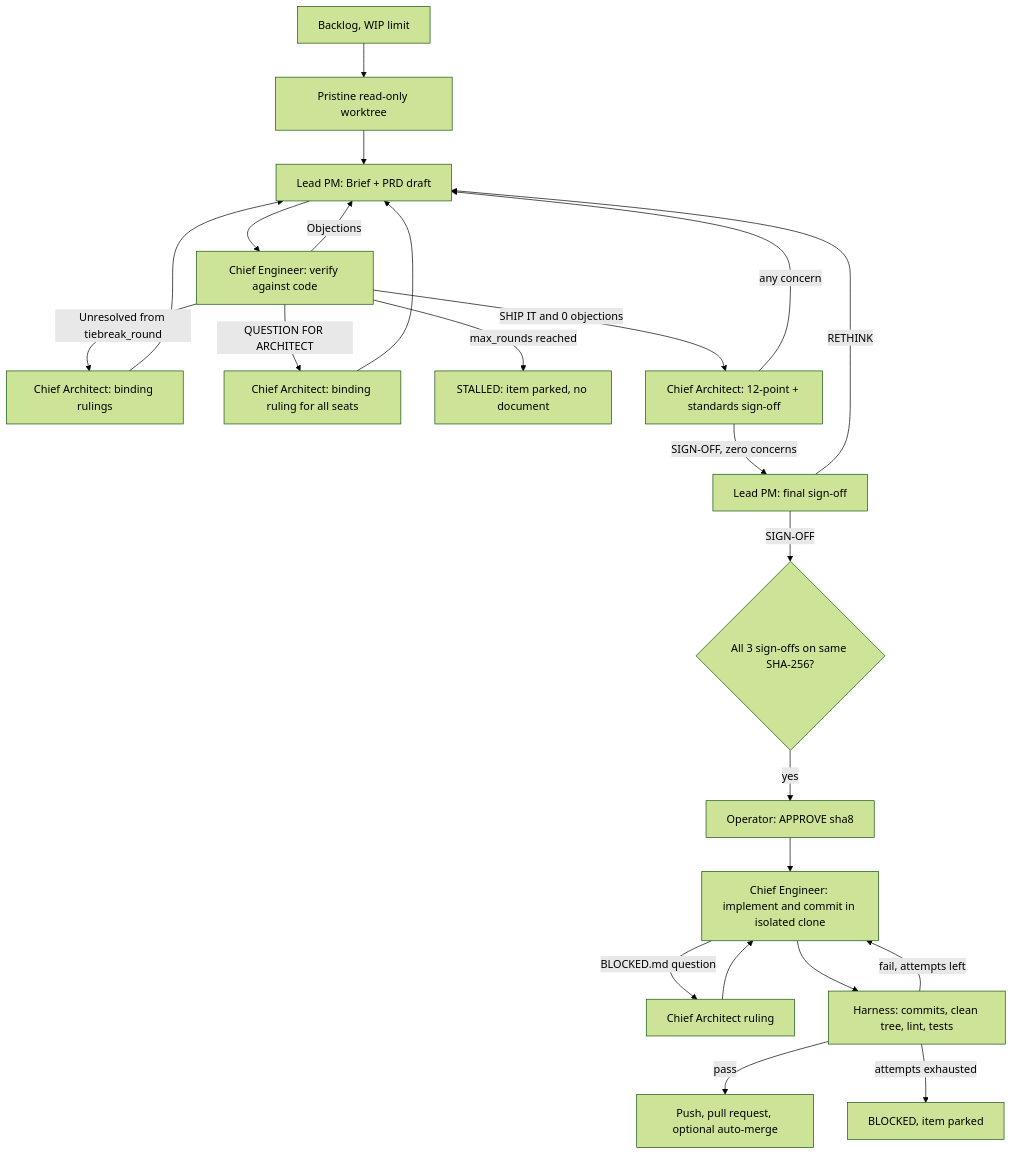
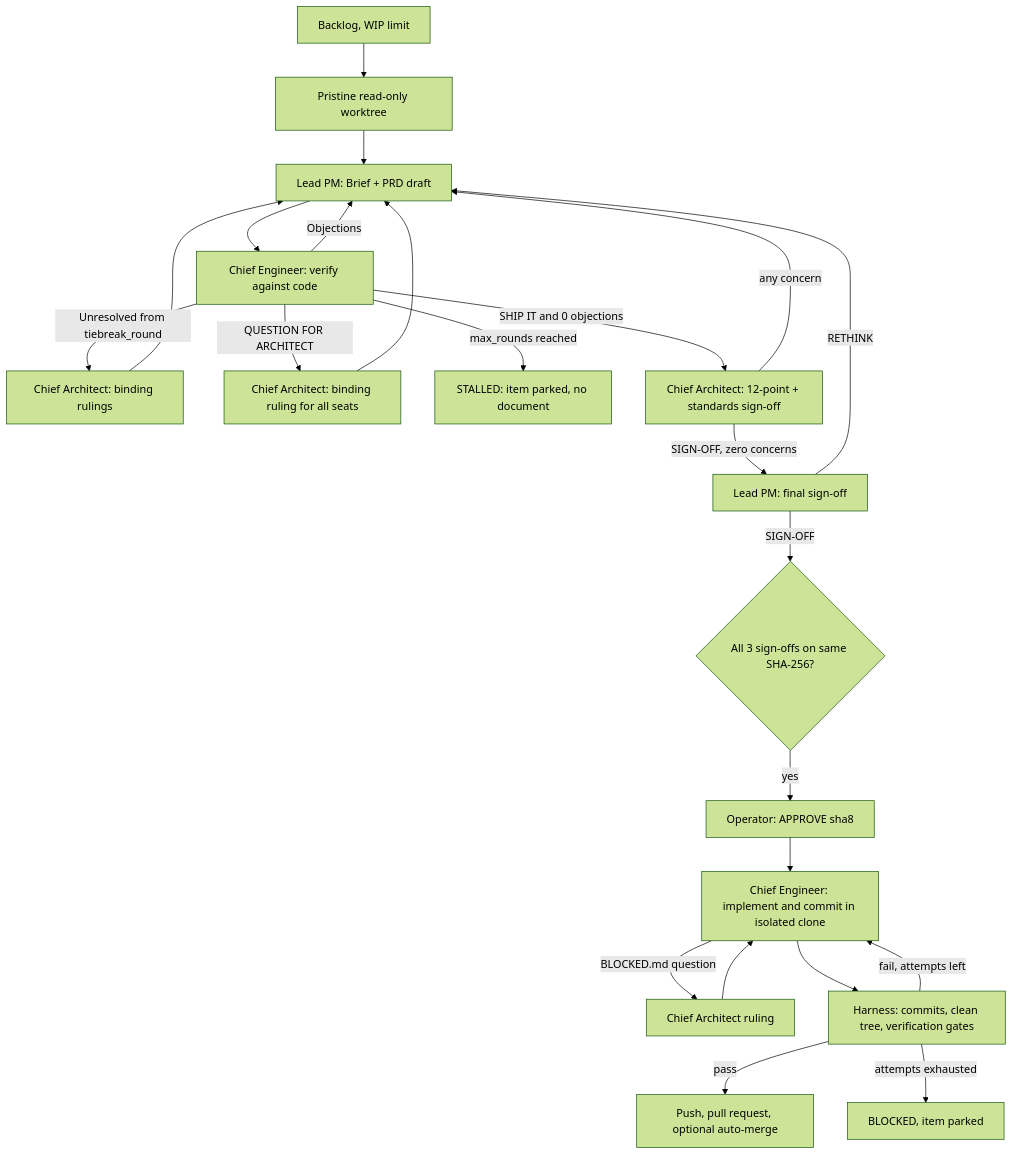
Before and after one commit to goshtasb/OpenCouncil: the diagram in README.md, drawn with Mermaid (forest theme). The commit also changed other lines of this file and 12 other files, not shown here.

First line of the commit message:
feat: machine-enforced verification gates before any pull request

````diff
--- a/README.md
+++ b/README.md
@@ -137,24 +152,24 @@
 ```mermaid
 flowchart TD
     Backlog[Backlog, WIP limit] --> Open[Pristine read-only worktree]
     Open --> PM[Lead PM: Brief + PRD draft]
     PM --> Eng[Chief Engineer: verify against code]
     Eng -->|Objections| PM
     Eng -->|Unresolved from tiebreak_round| Tiebreak[Chief Architect: binding rulings]
     Tiebreak --> PM
     Eng -->|QUESTION FOR ARCHITECT| Rule[Chief Architect: binding ruling for all seats]
     Rule --> PM
     Eng -->|max_rounds reached| Stall[STALLED: item parked, no document]
     Eng -->|SHIP IT and 0 objections| Arch[Chief Architect: 12-point + standards sign-off]
     Arch -->|any concern| PM
     Arch -->|SIGN-OFF, zero concerns| Lead[Lead PM: final sign-off]
     Lead -->|RETHINK| PM
     Lead -->|SIGN-OFF| Gate{All 3 sign-offs on same SHA-256?}
     Gate -->|yes| Operator[Operator: APPROVE sha8]
     Operator --> Exec[Chief Engineer: implement and commit in isolated clone]
     Exec -->|BLOCKED.md question| Rule2[Chief Architect ruling] --> Exec
-    Exec --> Verify[Harness: commits, clean tree, lint, tests]
+    Exec --> Verify[Harness: commits, clean tree, verification gates]
     Verify -->|fail, attempts left| Exec
     Verify -->|pass| PR[Push, pull request, optional auto-merge]
     Verify -->|attempts exhausted| Blocked[BLOCKED, item parked]
 ```
````
